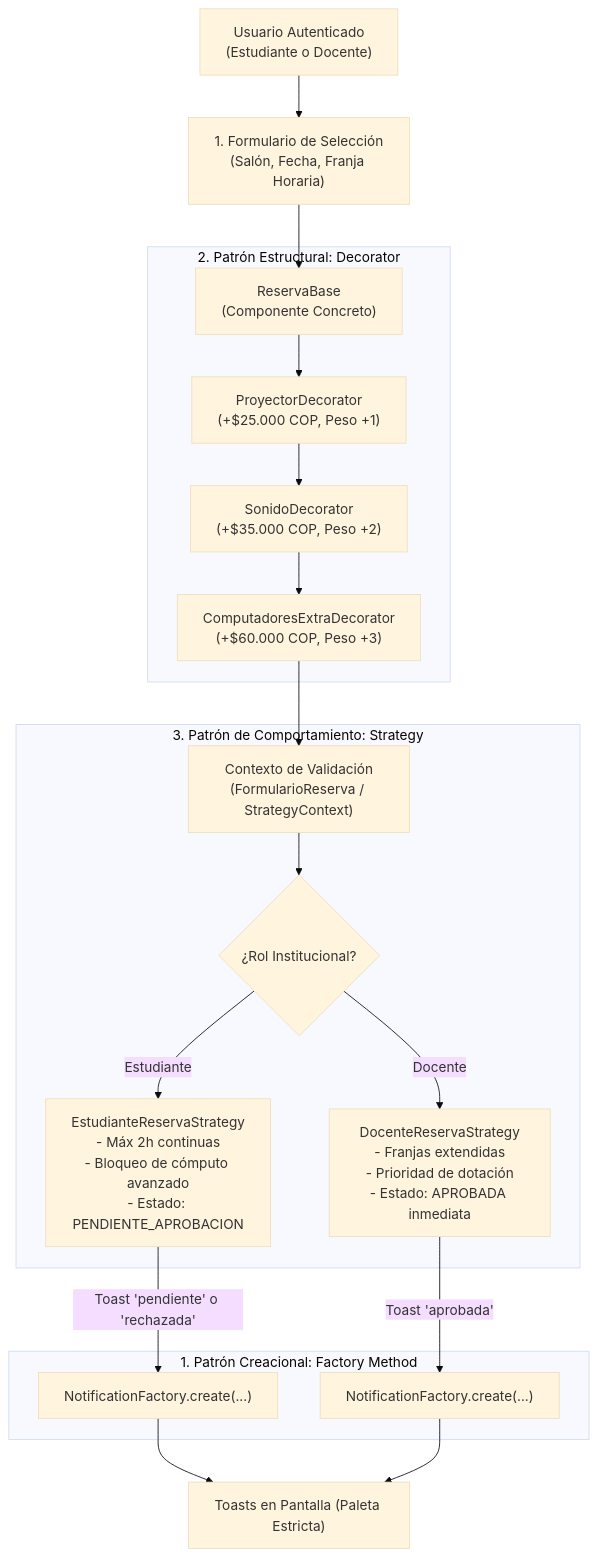
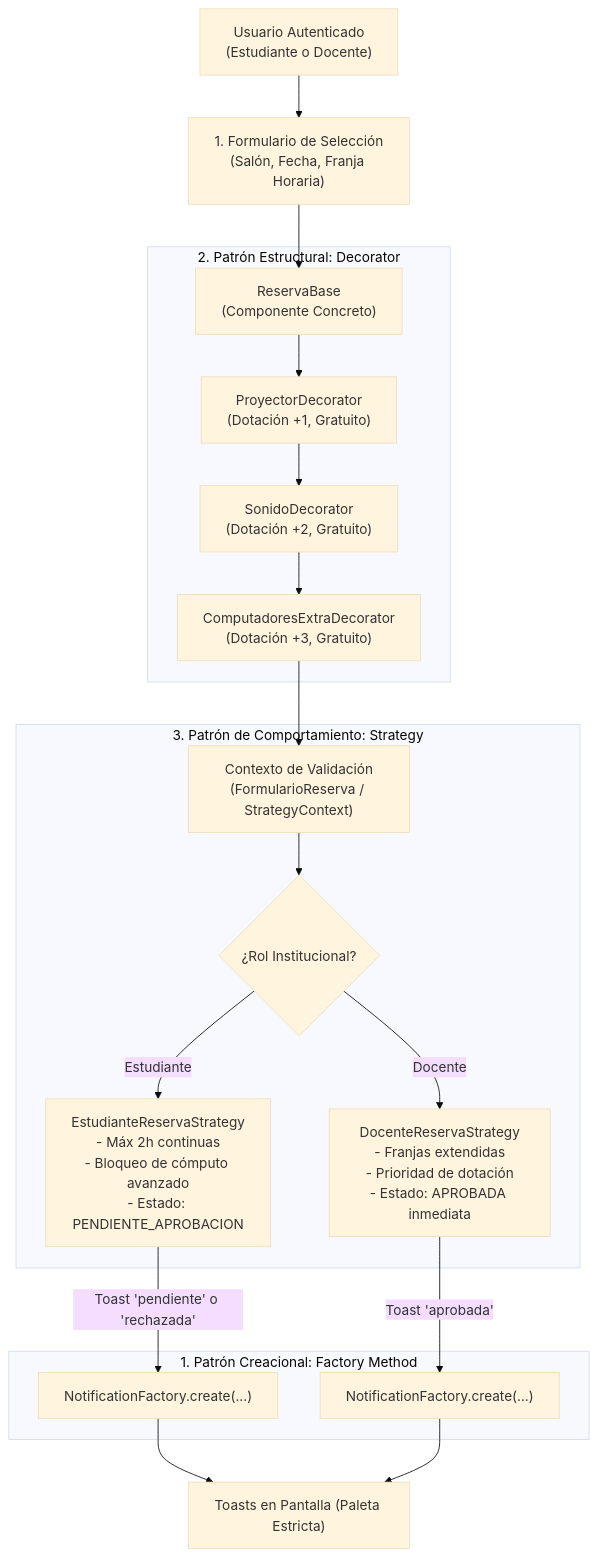
One commit to Elmala02/EspaciosCompensar changed the first of 2 diagrams in README.md. Above: the diagram before and after it, drawn with Mermaid (base theme). The commit also changed other lines of this file and 9 other files, not shown here.

````diff
--- a/README.md
+++ b/README.md
@@ -32,26 +32,26 @@
 ```mermaid
 flowchart TD
     User["Usuario Autenticado\n(Estudiante o Docente)"] --> Form["1. Formulario de Selección\n(Salón, Fecha, Franja Horaria)"]
     Form --> BaseRes["ReservaBase\n(Componente Concreto)"]
     
     subgraph Patrón_Estructural["2. Patrón Estructural: Decorator"]
-        BaseRes --> Dec1["ProyectorDecorator\n(+$25.000 COP, Peso +1)"]
-        Dec1 --> Dec2["SonidoDecorator\n(+$35.000 COP, Peso +2)"]
-        Dec2 --> Dec3["ComputadoresExtraDecorator\n(+$60.000 COP, Peso +3)"]
+        BaseRes --> Dec1["ProyectorDecorator\n(Dotación +1, Gratuito)"]
+        Dec1 --> Dec2["SonidoDecorator\n(Dotación +2, Gratuito)"]
+        Dec2 --> Dec3["ComputadoresExtraDecorator\n(Dotación +3, Gratuito)"]
     end
     
     subgraph Patrón_Comportamiento["3. Patrón de Comportamiento: Strategy"]
         Dec3 --> Context["Contexto de Validación\n(FormularioReserva / StrategyContext)"]
         Context --> StratDecision{"¿Rol Institucional?"}
         StratDecision -->|"Estudiante"| StratEst["EstudianteReservaStrategy\n- Máx 2h continuas\n- Bloqueo de cómputo avanzado\n- Estado: PENDIENTE_APROBACION"]
         StratDecision -->|"Docente"| StratDoc["DocenteReservaStrategy\n- Franjas extendidas\n- Prioridad de dotación\n- Estado: APROBADA inmediata"]
     end
     
     subgraph Patrón_Creacional["1. Patrón Creacional: Factory Method"]
         StratEst -->|"Toast 'pendiente' o 'rechazada'"| Factory1["NotificationFactory.create(...)"]
         StratDoc -->|"Toast 'aprobada'"| Factory2["NotificationFactory.create(...)"]
     end
     
     Factory1 --> ToastUI["Toasts en Pantalla (Paleta Estricta)"]
     Factory2 --> ToastUI
 ```
````
